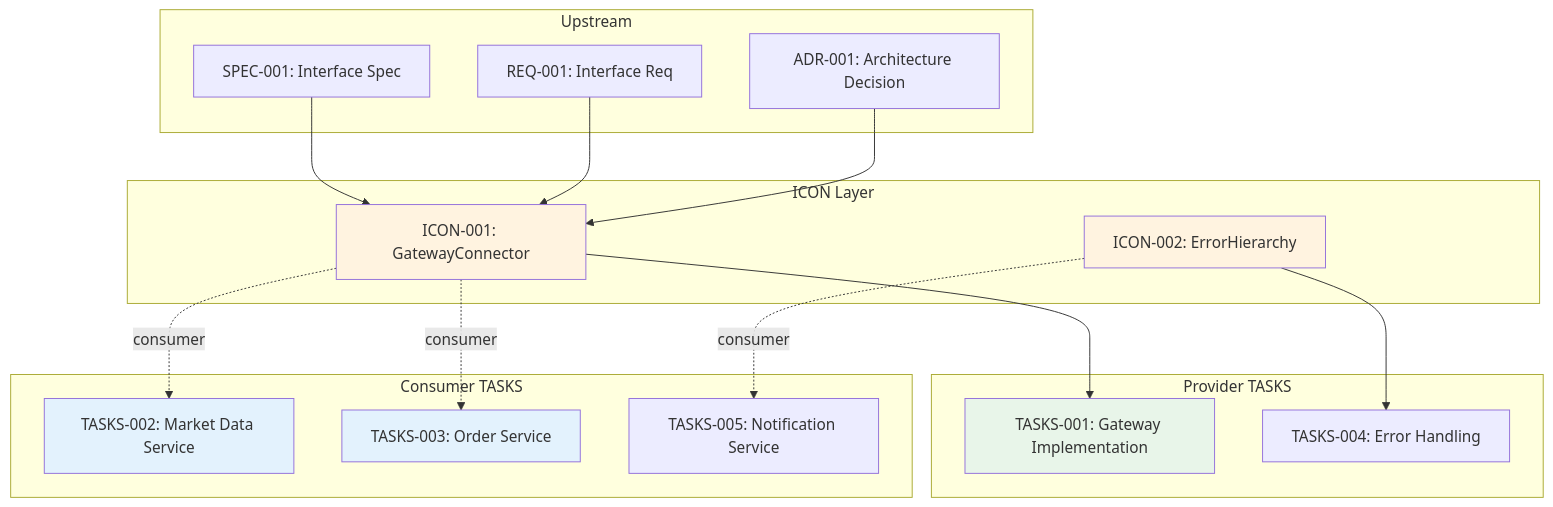
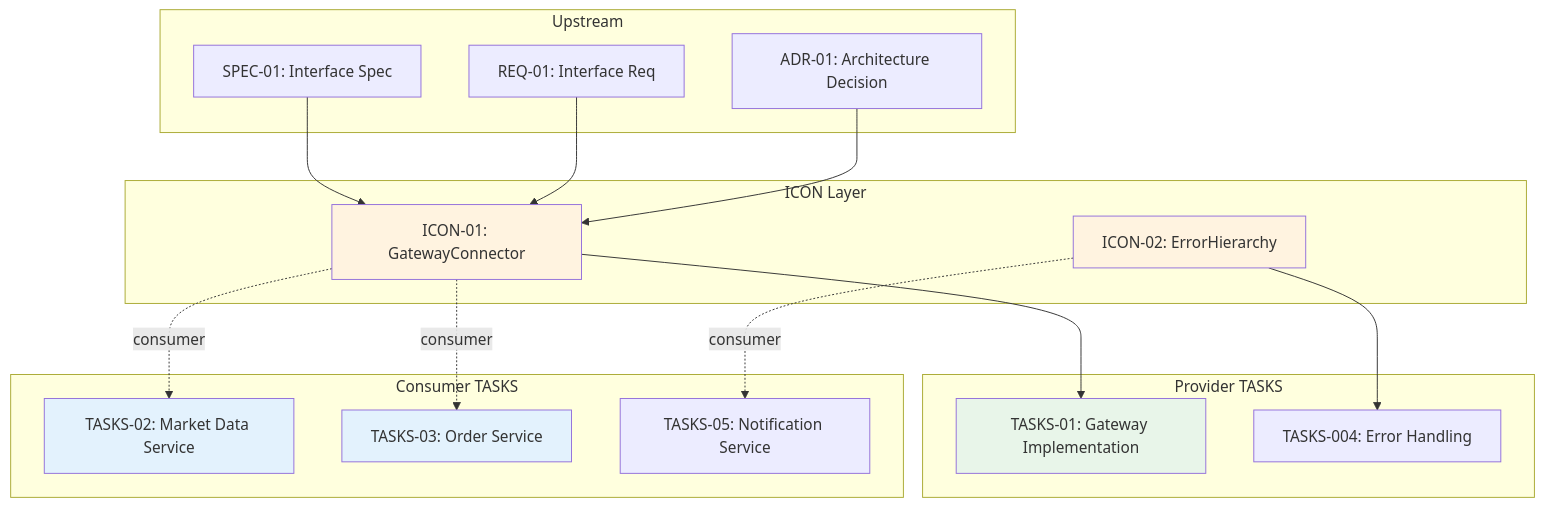
One commit to vladm3105/aidoc-flow-framework changed the diagram in ai_dev_flow/ICON/ICON-000_TRACEABILITY_MATRIX-TEMPLATE.md. Above: the diagram before and after it, drawn with Mermaid. The commit also changed other lines of this file and 215 other files, not shown here.

````diff
--- a/ai_dev_flow/ICON/ICON-000_TRACEABILITY_MATRIX-TEMPLATE.md
+++ b/ai_dev_flow/ICON/ICON-000_TRACEABILITY_MATRIX-TEMPLATE.md
@@ -289,41 +289,41 @@
 ```mermaid
 graph TD
     subgraph Upstream
-        SPEC001[SPEC-001: Interface Spec]
-        REQ001[REQ-001: Interface Req]
-        ADR001[ADR-001: Architecture Decision]
+        SPEC01[SPEC-01: Interface Spec]
+        REQ01[REQ-01: Interface Req]
+        ADR001[ADR-01: Architecture Decision]
     end
 
     subgraph ICON Layer
-        ICON001[ICON-001: GatewayConnector]
-        ICON002[ICON-002: ErrorHierarchy]
+        ICON001[ICON-01: GatewayConnector]
+        ICON002[ICON-02: ErrorHierarchy]
     end
 
     subgraph Provider TASKS
-        TASKS001[TASKS-001: Gateway Implementation]
+        TASKS001[TASKS-01: Gateway Implementation]
         TASKS004[TASKS-004: Error Handling]
     end
 
     subgraph Consumer TASKS
-        TASKS002[TASKS-002: Market Data Service]
-        TASKS003[TASKS-003: Order Service]
-        TASKS005[TASKS-005: Notification Service]
+        TASKS002[TASKS-02: Market Data Service]
+        TASKS003[TASKS-03: Order Service]
+        TASKS005[TASKS-05: Notification Service]
     end
 
-    SPEC001 --> ICON001
-    REQ001 --> ICON001
+    SPEC01 --> ICON001
+    REQ01 --> ICON001
     ADR001 --> ICON001
 
     ICON001 --> TASKS001
     ICON001 -.consumer.-> TASKS002
     ICON001 -.consumer.-> TASKS003
 
     ICON002 --> TASKS004
     ICON002 -.consumer.-> TASKS005
 
     style ICON001 fill:#fff3e0
     style ICON002 fill:#fff3e0
     style TASKS001 fill:#e8f5e9
     style TASKS002 fill:#e3f2fd
     style TASKS003 fill:#e3f2fd
 ```
````
